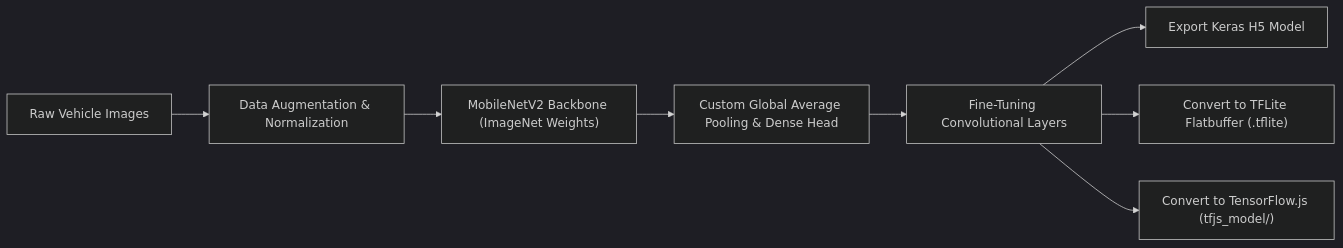
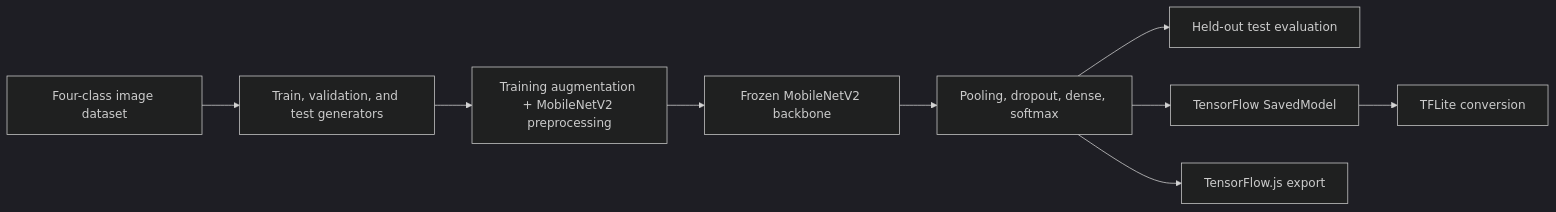
The diagram in README.md (RaihanHadriansyah21/vehicle-image-classification-mobileNetV2), drawn with Mermaid (dark theme) before and after one commit. The commit also changed other lines of this file, not shown here.

Commit message:
docs: document verified model workflow and results

````diff
--- a/README.md
+++ b/README.md
@@ -52,10 +22,11 @@
 ```mermaid
 flowchart LR
-    A["Raw Vehicle Images"] --> B["Data Augmentation & Normalization"]
-    B --> C["MobileNetV2 Backbone (ImageNet Weights)"]
-    C --> D["Custom Global Average Pooling & Dense Head"]
-    D --> E["Fine-Tuning Convolutional Layers"]
-    E --> F1["Export Keras H5 Model"]
-    E --> F2["Convert to TFLite Flatbuffer (.tflite)"]
-    E --> F3["Convert to TensorFlow.js (tfjs_model/)"]
+    Images["Four-class image dataset"] --> Split["Train, validation, and test generators"]
+    Split --> Augment["Training augmentation + MobileNetV2 preprocessing"]
+    Augment --> Backbone["Frozen MobileNetV2 backbone"]
+    Backbone --> Head["Pooling, dropout, dense, softmax"]
+    Head --> Evaluate["Held-out test evaluation"]
+    Head --> SavedModel["TensorFlow SavedModel"]
+    SavedModel --> TFLite["TFLite conversion"]
+    Head --> TFJS["TensorFlow.js export"]
 ```
````
